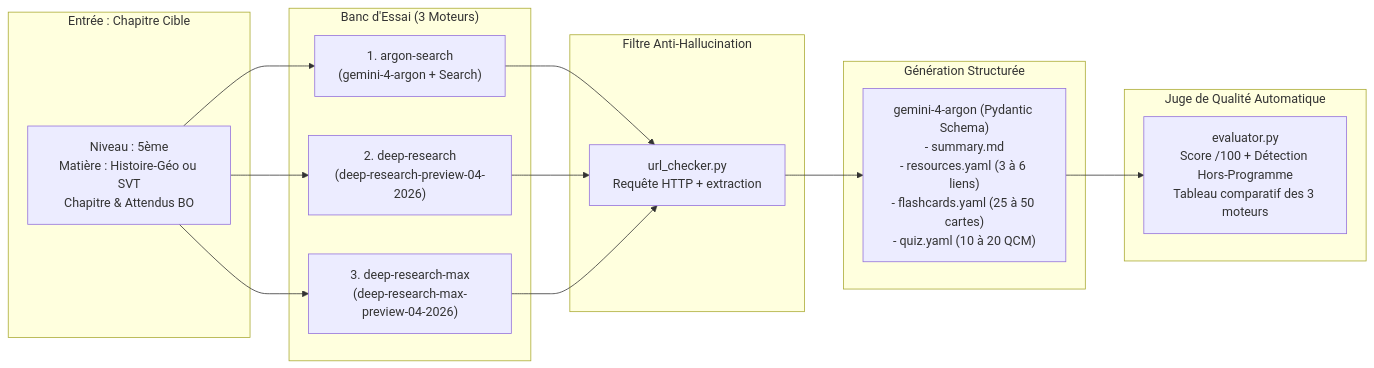
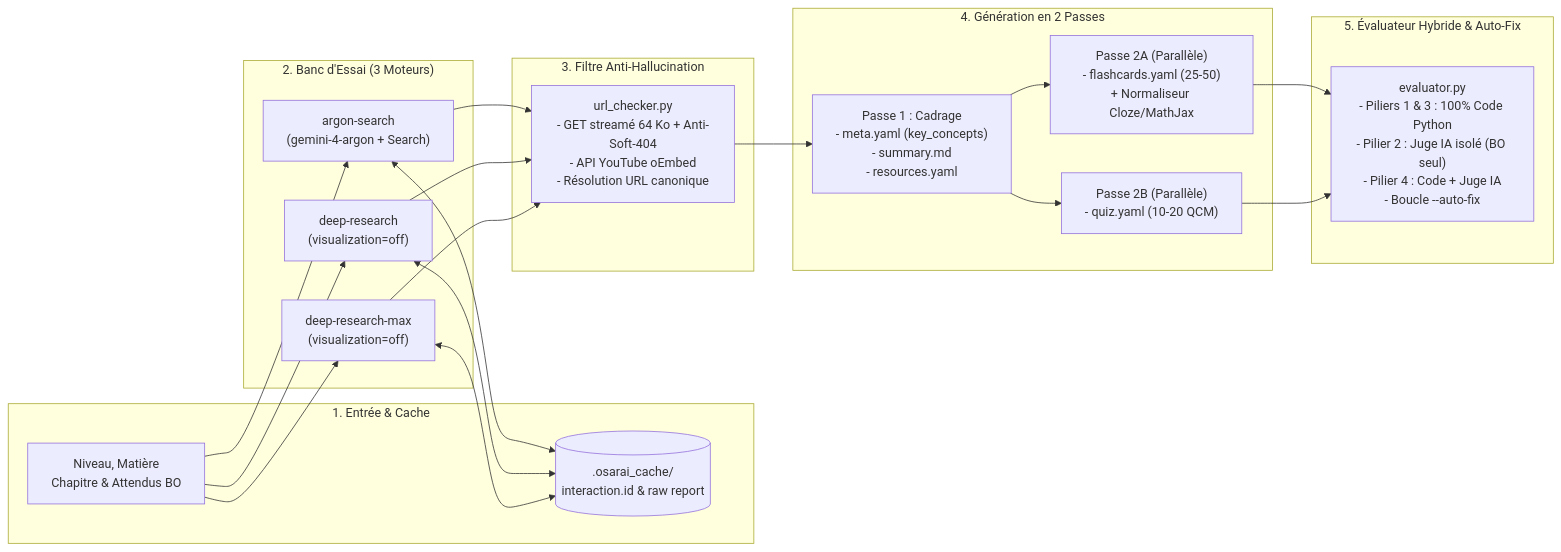
Before and after one commit to Seburan/osarai: the diagram in docs/designs/01-ai-pipeline-and-evaluation.md, drawn with Mermaid. The commit also changed other lines of this file, not shown here.

Commit message:
docs: mise à jour de la documentation sur le pipeline IA et les moteurs de recherche

````diff
--- a/docs/designs/01-ai-pipeline-and-evaluation.md
+++ b/docs/designs/01-ai-pipeline-and-evaluation.md
@@ -21,27 +41,33 @@
 ```mermaid
 flowchart LR
-    subgraph Input["Entrée : Chapitre Cible"]
-        Spec["Niveau : 5ème\nMatière : Histoire-Géo ou SVT\nChapitre & Attendus BO"]
+    subgraph Input["1. Entrée & Cache"]
+        Spec["Niveau, Matière\nChapitre & Attendus BO"]
+        Cache[(".osarai_cache/\ninteraction.id & raw report")]
     end
 
-    subgraph Modes["Banc d'Essai (3 Moteurs)"]
-        M1["1. argon-search\n(gemini-4-argon + Search)"]
-        M2["2. deep-research\n(deep-research-preview-04-2026)"]
-        M3["3. deep-research-max\n(deep-research-max-preview-04-2026)"]
+    subgraph Modes["2. Banc d'Essai (3 Moteurs)"]
+        M1["argon-search\n(gemini-4-argon + Search)"]
+        M2["deep-research\n(visualization=off)"]
+        M3["deep-research-max\n(visualization=off)"]
     end
 
-    subgraph Check["Filtre Anti-Hallucination"]
-        HTTP["url_checker.py\nRequête HTTP + extraction <title>\nConservation des seuls liens HTTP 200 pertinents"]
+    subgraph Check["3. Filtre Anti-Hallucination"]
+        HTTP["url_checker.py\n- GET streamé 64 Ko + Anti-Soft-404\n- API YouTube oEmbed\n- Résolution URL canonique"]
     end
 
-    subgraph Gen["Génération Structurée"]
-        Argon["gemini-4-argon (Pydantic Schema)\n- summary.md\n- resources.yaml (3 à 6 liens)\n- flashcards.yaml (25 à 50 cartes)\n- quiz.yaml (10 à 20 QCM)"]
+    subgraph Gen["4. Génération en 2 Passes"]
+        P1["Passe 1 : Cadrage\n- meta.yaml (key_concepts)\n- summary.md\n- resources.yaml"]
+        P2A["Passe 2A (Parallèle)\n- flashcards.yaml (25-50)\n+ Normaliseur Cloze/MathJax"]
+        P2B["Passe 2B (Parallèle)\n- quiz.yaml (10-20 QCM)"]
+        P1 --> P2A & P2B
     end
 
-    subgraph Eval["Juge de Qualité Automatique"]
-        Judge["evaluator.py\nScore /100 + Détection Hors-Programme\nTableau comparatif des 3 moteurs"]
+    subgraph Eval["5. Évaluateur Hybride & Auto-Fix"]
+        Judge["evaluator.py\n- Piliers 1 & 3 : 100% Code Python\n- Pilier 2 : Juge IA isolé (BO seul)\n- Pilier 4 : Code + Juge IA\n- Boucle --auto-fix"]
     end
 
     Spec --> M1 & M2 & M3
-    M1 & M2 & M3 --> HTTP --> Argon --> Judge
+    M1 & M2 & M3 <--> Cache
+    M1 & M2 & M3 --> HTTP --> P1
+    P2A & P2B --> Judge
 ```
````
